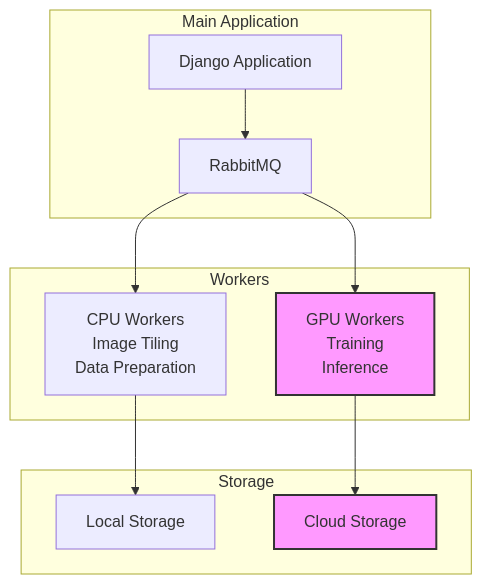
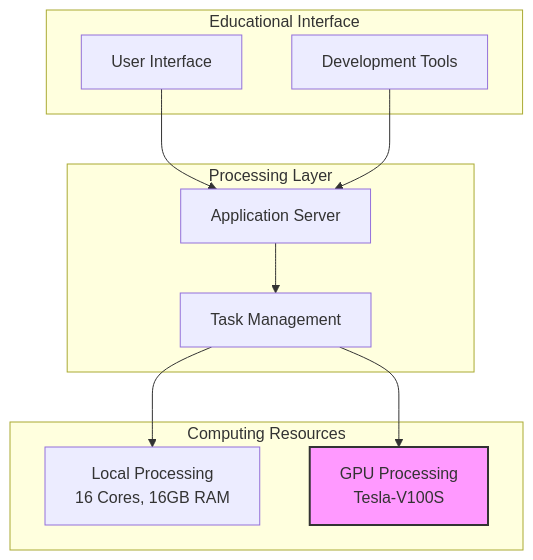
Before and after one commit to frontierbio-tech/frontierbio-tech.github.io: the second of 6 diagrams in test2.md, drawn with Mermaid. The commit also changed other lines of this file, not shown here.

````diff
--- a/test2.md
+++ b/test2.md
@@ -11,26 +72,25 @@
 ```mermaid
 graph TB
-    subgraph "Main Application"
-        Django[Django Application]
-        Queue[RabbitMQ]
+    subgraph "Educational Interface"
+        UI[User Interface]
+        Tools[Development Tools]
     end
 
-    subgraph "Workers"
-        CPU[CPU Workers<br/>Image Tiling<br/>Data Preparation]
-        GPU[GPU Workers<br/>Training<br/>Inference]
+    subgraph "Processing Layer"
+        App[Application Server]
+        Queue[Task Management]
     end
 
-    subgraph "Storage"
-        Local[Local Storage]
-        Cloud[Cloud Storage]
+    subgraph "Computing Resources"
+        CPU[Local Processing<br/>16 Cores, 16GB RAM]
+        GPU[GPU Processing<br/>Tesla-V100S]
     end
 
-    Django --> Queue
+    UI --> App
+    Tools --> App
+    App --> Queue
     Queue --> CPU
     Queue --> GPU
-    CPU --> Local
-    GPU --> Cloud
 
     style GPU fill:#f9f,stroke:#333,stroke-width:2px
-    style Cloud fill:#f9f,stroke:#333,stroke-width:2px
 ```
````
